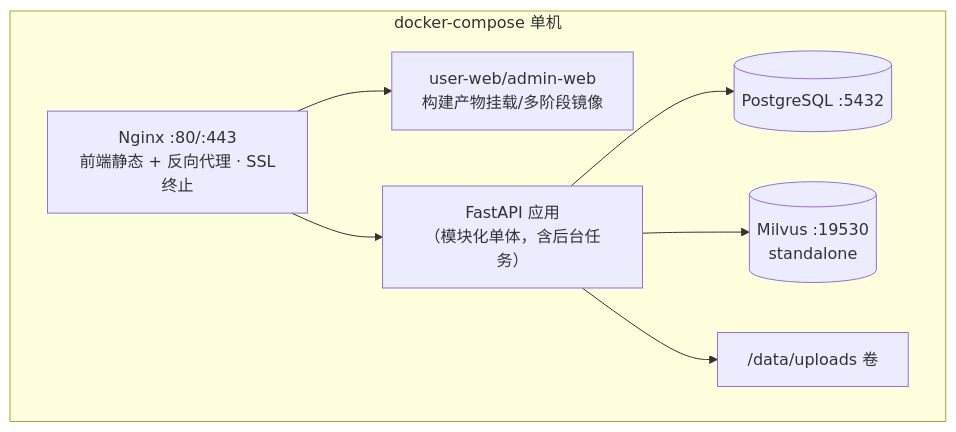
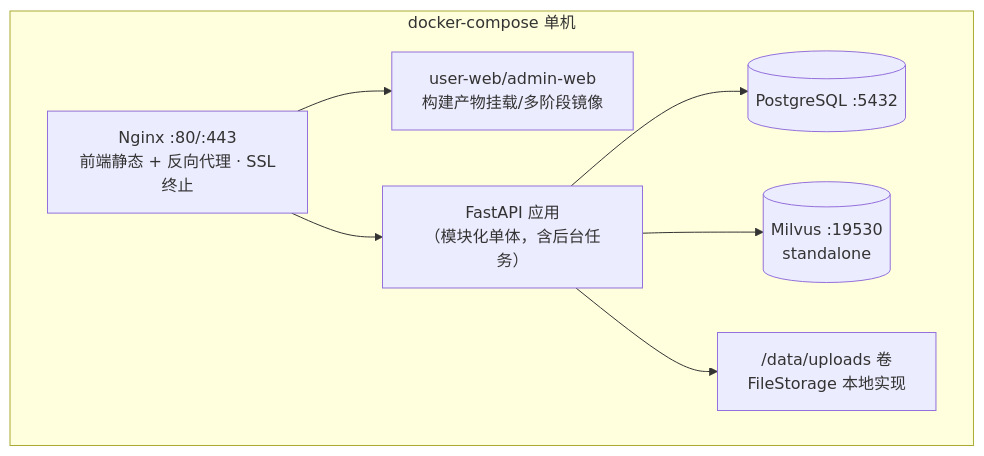
The eighth of 9 diagrams in doc/系统/系统架构设计.md (ivgotcrazy/xmsn-demo), drawn with Mermaid before and after one commit. The commit also changed other lines of this file and 2 other files, not shown here.

````diff
--- a/doc/系统/系统架构设计.md
+++ b/doc/系统/系统架构设计.md
@@ -928,16 +929,16 @@
 ```mermaid
 graph TB
     subgraph Compose["docker-compose 单机"]
         NGINX["Nginx :80/:443<br/>前端静态 + 反向代理 · SSL终止"]
         WEB["user-web/admin-web<br/>构建产物挂载/多阶段镜像"]
         API["FastAPI 应用<br/>（模块化单体，含后台任务）"]
         PG[("PostgreSQL :5432")]
         VDB[("Milvus :19530<br/>standalone")]
-        OBJ["/data/uploads 卷"]
+        OBJ["/data/uploads 卷<br/>FileStorage 本地实现"]
     end
     NGINX --> WEB
     NGINX --> API
     API --> PG
     API --> VDB
     API --> OBJ
 ```
````
